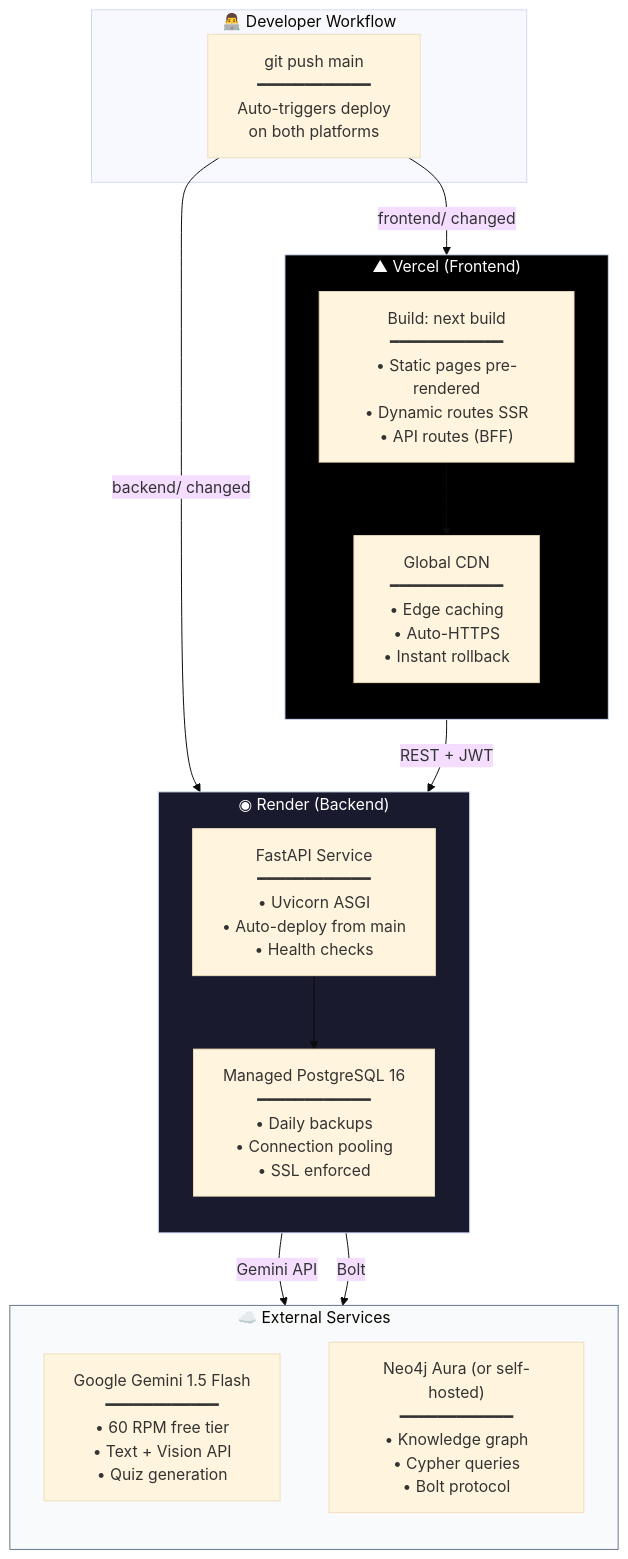
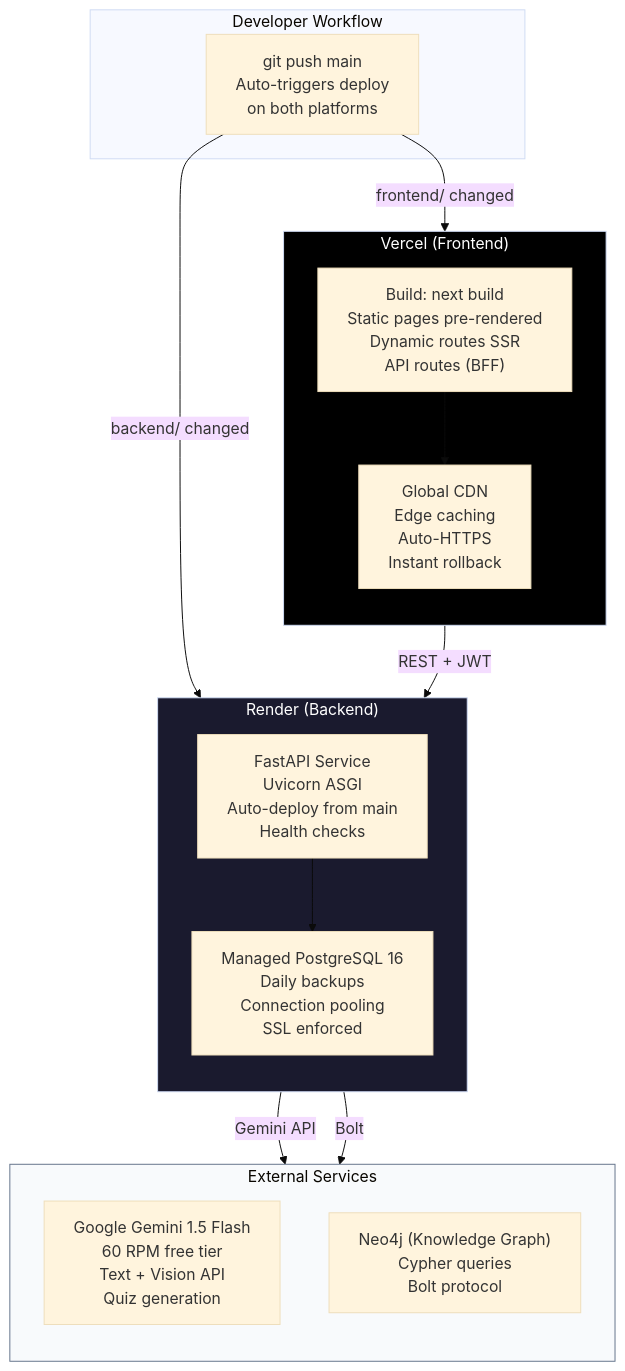
One commit to SanjayS-007/sahayak360-mvp changed diagram 11 of 12 in README.md. Above: the diagram before and after it, drawn with Mermaid (base theme). The commit also changed other lines of this file, not shown here.

````diff
--- a/README.md
+++ b/README.md
@@ -780,36 +700,36 @@
 ```mermaid
 flowchart TB
-    subgraph DEVELOPER["👨‍💻 Developer Workflow"]
-        GIT["git push main<br/>━━━━━━━━━━━━<br/>Auto-triggers deploy<br/>on both platforms"]
+    subgraph DEVELOPER["Developer Workflow"]
+        GIT["git push main<br/>Auto-triggers deploy<br/>on both platforms"]
     end
 
-    subgraph VERCEL["▲ Vercel (Frontend)"]
+    subgraph VERCEL["Vercel (Frontend)"]
         direction TB
-        V1["Build: next build<br/>━━━━━━━━━━━━<br/>• Static pages pre-rendered<br/>• Dynamic routes SSR<br/>• API routes (BFF)"]
-        V2["Global CDN<br/>━━━━━━━━━━━━<br/>• Edge caching<br/>• Auto-HTTPS<br/>• Instant rollback"]
+        V1["Build: next build<br/>Static pages pre-rendered<br/>Dynamic routes SSR<br/>API routes (BFF)"]
+        V2["Global CDN<br/>Edge caching<br/>Auto-HTTPS<br/>Instant rollback"]
     end
 
-    subgraph RENDER["◉ Render (Backend)"]
+    subgraph RENDER["Render (Backend)"]
         direction TB
-        R1["FastAPI Service<br/>━━━━━━━━━━━━<br/>• Uvicorn ASGI<br/>• Auto-deploy from main<br/>• Health checks"]
-        R2["Managed PostgreSQL 16<br/>━━━━━━━━━━━━<br/>• Daily backups<br/>• Connection pooling<br/>• SSL enforced"]
+        R1["FastAPI Service<br/>Uvicorn ASGI<br/>Auto-deploy from main<br/>Health checks"]
+        R2["Managed PostgreSQL 16<br/>Daily backups<br/>Connection pooling<br/>SSL enforced"]
     end
 
-    subgraph EXTERNAL["☁️ External Services"]
+    subgraph EXTERNAL["External Services"]
         direction TB
-        G1["Google Gemini 1.5 Flash<br/>━━━━━━━━━━━━<br/>• 60 RPM free tier<br/>• Text + Vision API<br/>• Quiz generation"]
-        N1["Neo4j Aura (or self-hosted)<br/>━━━━━━━━━━━━<br/>• Knowledge graph<br/>• Cypher queries<br/>• Bolt protocol"]
+        G1["Google Gemini 1.5 Flash<br/>60 RPM free tier<br/>Text + Vision API<br/>Quiz generation"]
+        N1["Neo4j (Knowledge Graph)<br/>Cypher queries<br/>Bolt protocol"]
     end
 
     GIT -->|"frontend/ changed"| VERCEL
     GIT -->|"backend/ changed"| RENDER
     V1 --> V2
     R1 --> R2
     VERCEL -->|"REST + JWT"| RENDER
     RENDER -->|"Gemini API"| G1
     RENDER -->|"Bolt"| N1
 
     style VERCEL fill:#000,color:#fff
     style RENDER fill:#1a1a2e,color:#fff
     style EXTERNAL fill:#f8fafc,stroke:#64748b
 ```
````
